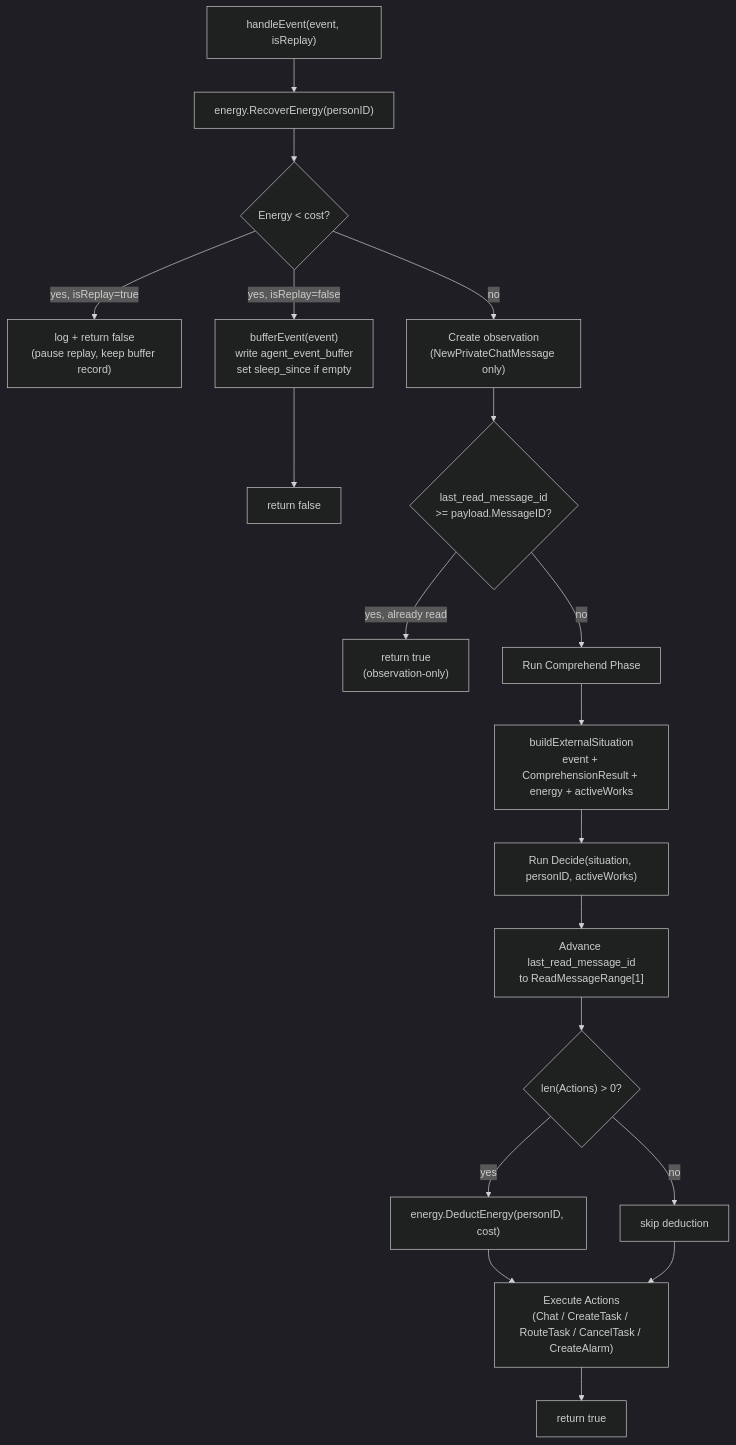
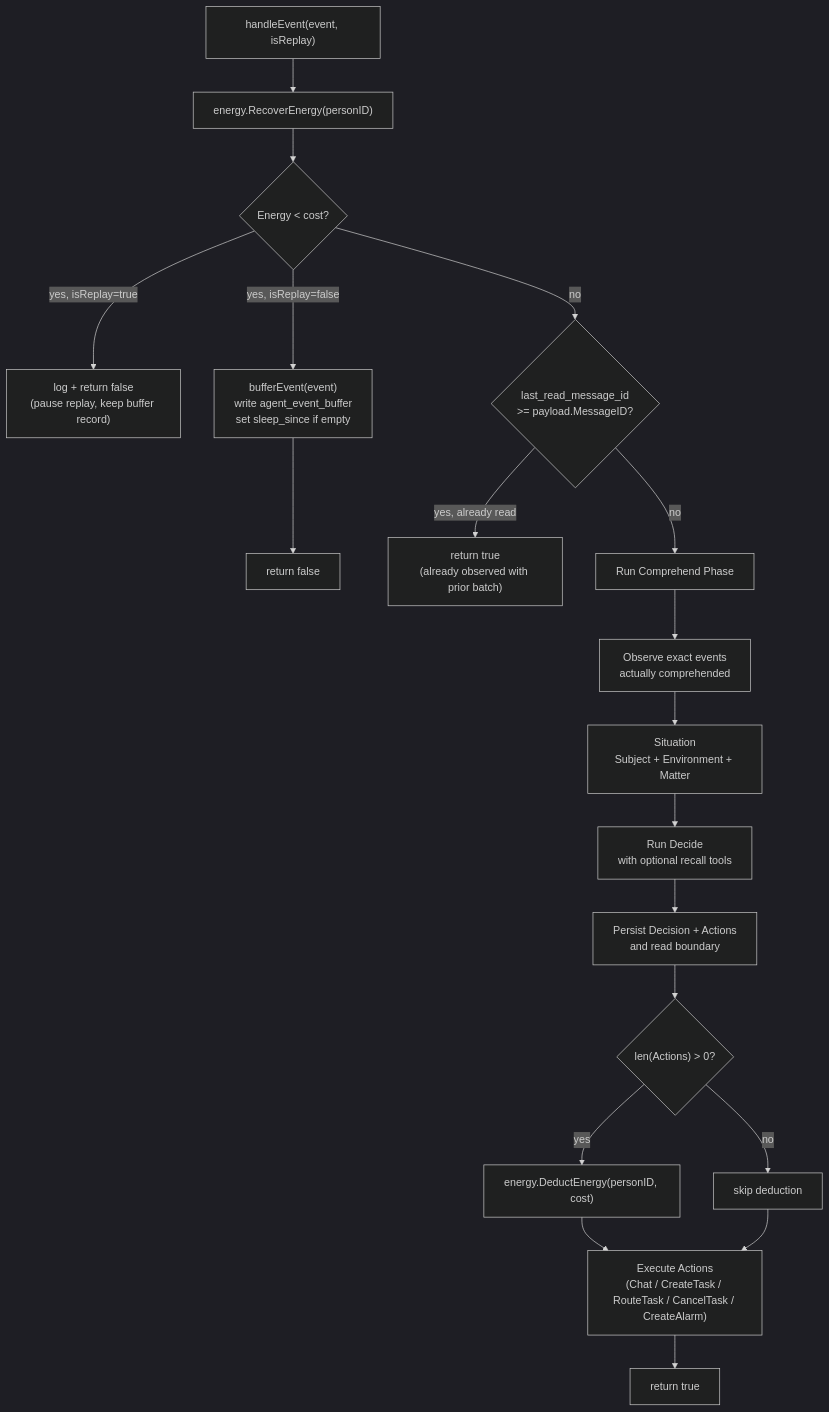
One commit to KoanJan/qingqiu-world changed the third of 10 diagrams in doc/engineering_implements/agent-runtime-event-loop.md. Above: the diagram before and after it, drawn with Mermaid (dark theme). The commit also changed other lines of this file and 83 other files, not shown here.

First line of the commit message:
feat: durable agent memory and decision-time recall

````diff
--- a/doc/engineering_implements/agent-runtime-event-loop.md
+++ b/doc/engineering_implements/agent-runtime-event-loop.md
@@ -125,21 +125,21 @@
 ```mermaid
 flowchart TD
     Enter["handleEvent(event, isReplay)"] --> Recover["energy.RecoverEnergy(personID)"]
     Recover --> EnergyCheck{"Energy < cost?"}
     EnergyCheck -->|yes, isReplay=true| PauseReplay["log + return false<br/>(pause replay, keep buffer record)"]
     EnergyCheck -->|yes, isReplay=false| Buffer["bufferEvent(event)<br/>write agent_event_buffer<br/>set sleep_since if empty"]
     Buffer --> ReturnFalse["return false"]
-    EnergyCheck -->|no| PreRead["Create observation<br/>(NewPrivateChatMessage only)"]
-    PreRead --> BatchCheck{"last_read_message_id<br/>>= payload.MessageID?"}
-    BatchCheck -->|yes, already read| Skip["return true<br/>(observation-only)"]
+    EnergyCheck -->|no| BatchCheck{"last_read_message_id<br/>>= payload.MessageID?"}
+    BatchCheck -->|yes, already read| Skip["return true<br/>(already observed with prior batch)"]
     BatchCheck -->|no| ComprehendPhase["Run Comprehend Phase"]
-    ComprehendPhase --> BuildSituation["buildExternalSituation<br/>event + ComprehensionResult + energy + activeWorks"]
-    BuildSituation --> DecidePhase["Run Decide(situation, personID, activeWorks)"]
-    DecidePhase --> AdvanceRead["Advance last_read_message_id<br/>to ReadMessageRange[1]"]
+    ComprehendPhase --> Observe["Observe exact events<br/>actually comprehended"]
+    Observe --> BuildSituation["Situation<br/>Subject + Environment + Matter"]
+    BuildSituation --> DecidePhase["Run Decide<br/>with optional recall tools"]
+    DecidePhase --> AdvanceRead["Persist Decision + Actions<br/>and read boundary"]
     AdvanceRead --> Deduct{"len(Actions) > 0?"}
     Deduct -->|yes| DeductEnergy["energy.DeductEnergy(personID, cost)"]
     Deduct -->|no| SkipDeduct["skip deduction"]
     DeductEnergy --> ExecActions
     SkipDeduct --> ExecActions["Execute Actions<br/>(Chat / CreateTask / RouteTask / CancelTask / CreateAlarm)"]
     ExecActions --> ReturnTrue["return true"]
 ```
````
